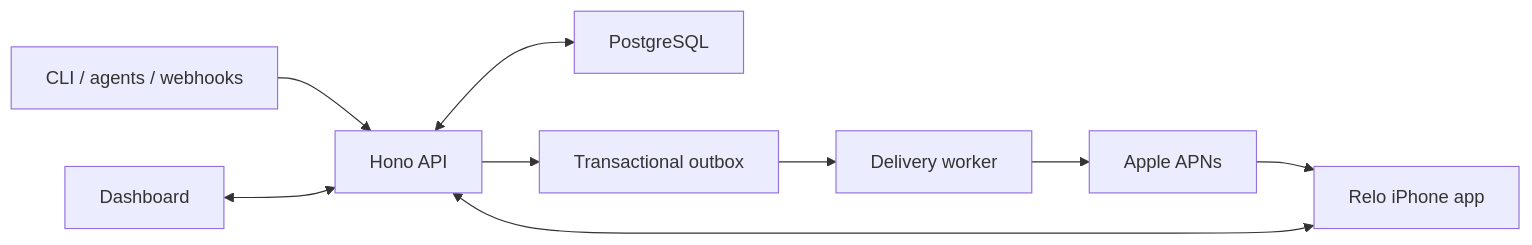
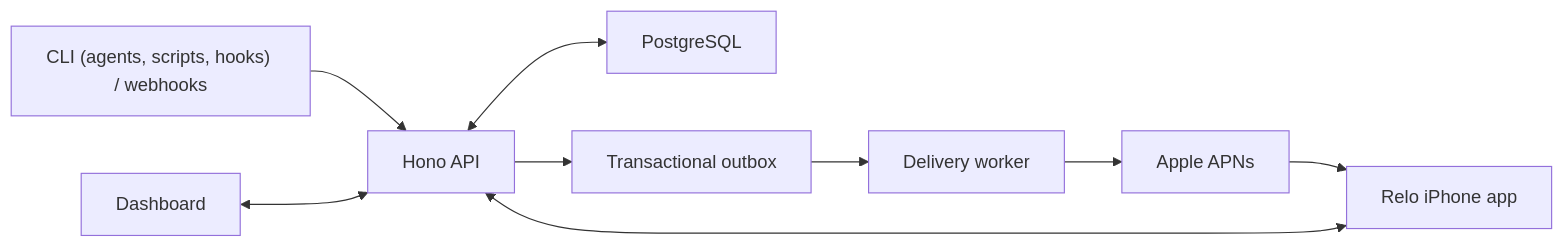
The first of 2 diagrams in docs/ARCHITECTURE.md (redpanda77/relo), drawn with Mermaid before and after one commit. The commit also changed other lines of this file and 450 other files, not shown here.

Commit message:
Release 0.16.3: the CLI is the edge (harness adapters, local session state, durable outbox, non-blocking hooks, harness credential), session names and phases on the iPhone, owner-dismissable questions, origin-neutral setup, a WebGL landing page at / with sign-in at /sign-in

````diff
--- a/docs/ARCHITECTURE.md
+++ b/docs/ARCHITECTURE.md
@@ -9,11 +11,11 @@
 ```mermaid
 flowchart LR
-  A["CLI / agents / webhooks"] --> API["Hono API"]
+  A["CLI (agents, scripts, hooks) / webhooks"] --> API["Hono API"]
   D["Dashboard"] <--> API
   I["Relo iPhone app"] <--> API
   API <--> DB["PostgreSQL"]
   API --> O["Transactional outbox"]
   O --> W["Delivery worker"]
   W --> P["Apple APNs"]
   P --> I
 ```
````
